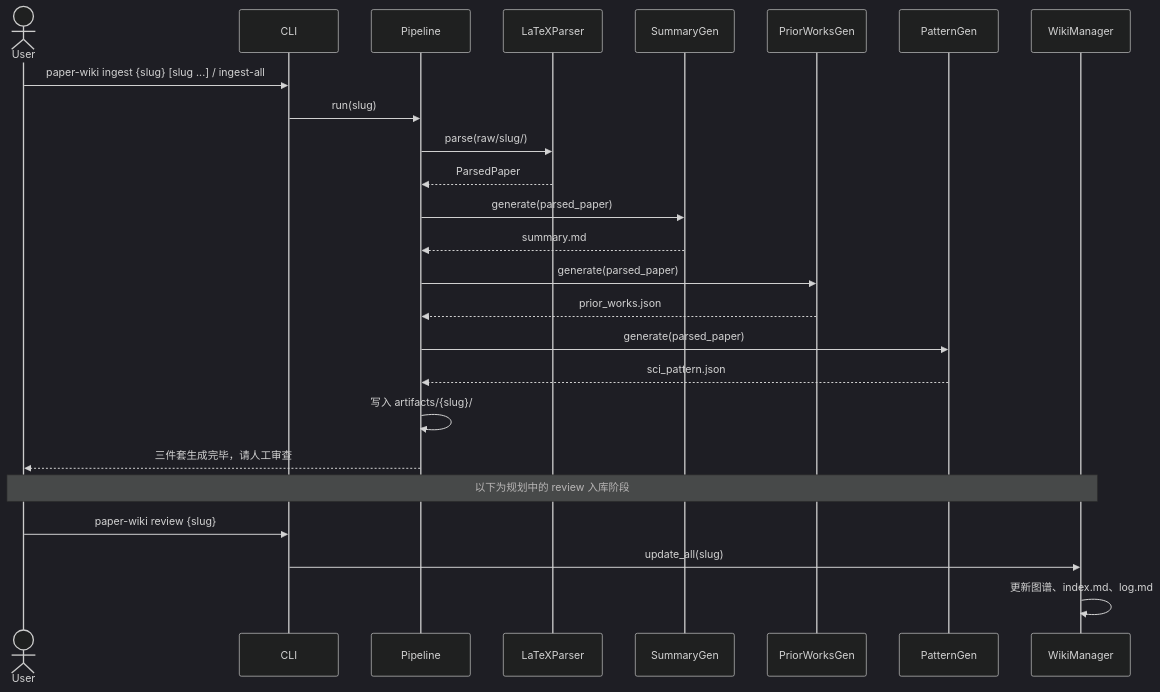
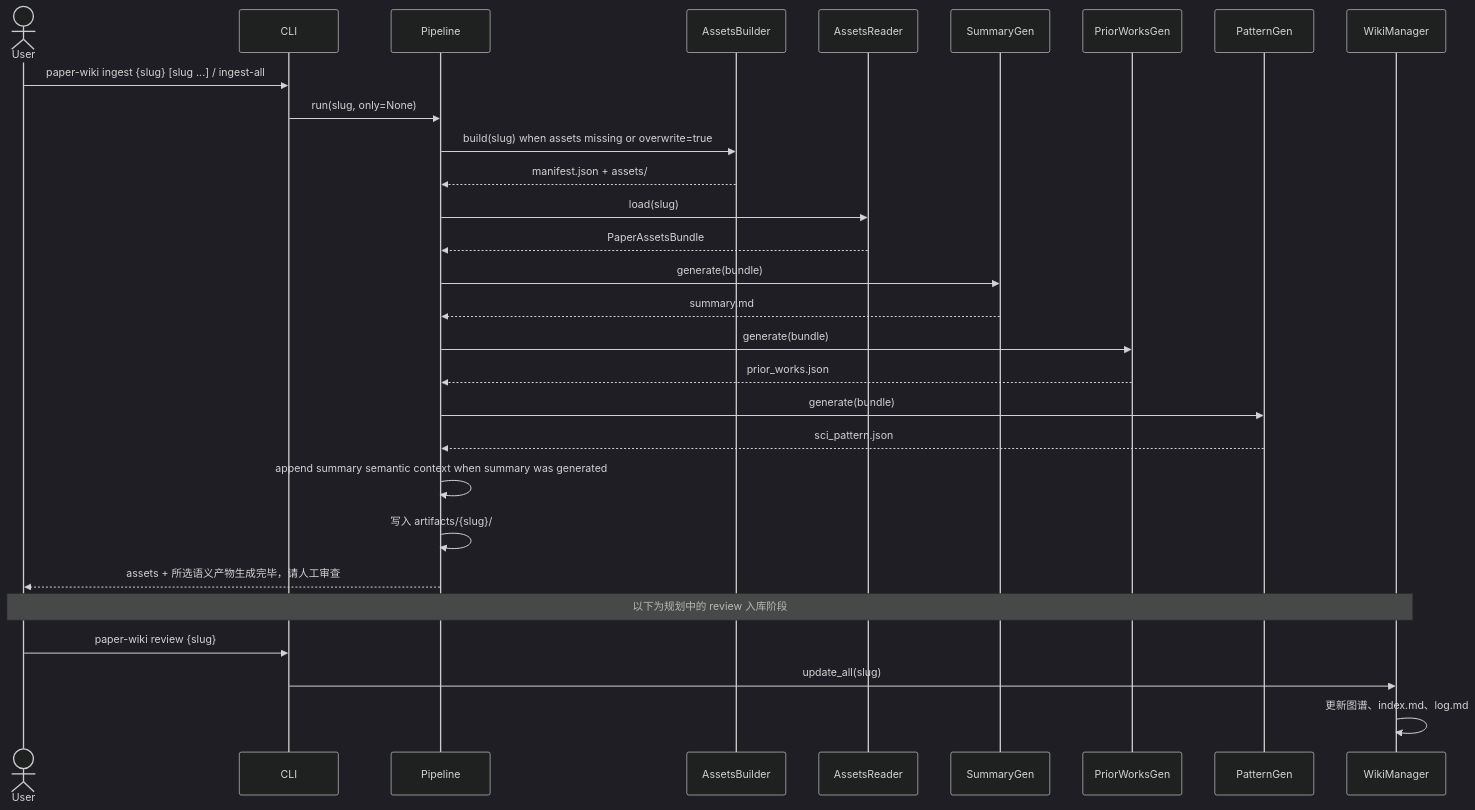
One commit to Szy5/ResearchWorkSpace changed diagram 11 of 16 in docs/Paper-Wiki 技术方案_v1.md. Above: the diagram before and after it, drawn with Mermaid (dark theme). The commit also changed other lines of this file and 182 other files, not shown here.

````diff
--- a/docs/Paper-Wiki 技术方案_v1.md
+++ b/docs/Paper-Wiki 技术方案_v1.md
@@ -503,33 +681,37 @@
 ```mermaid
 sequenceDiagram
     actor User
     participant CLI
     participant Pipeline
-    participant LaTeXParser
+    participant AssetsBuilder
+    participant AssetsReader
     participant SummaryGen
     participant PriorWorksGen
     participant PatternGen
     participant WikiManager
 
     User->>CLI: paper-wiki ingest {slug} [slug ...] / ingest-all
-    CLI->>Pipeline: run(slug)
-    Pipeline->>LaTeXParser: parse(raw/slug/)
-    LaTeXParser-->>Pipeline: ParsedPaper
+    CLI->>Pipeline: run(slug, only=None)
+    Pipeline->>AssetsBuilder: build(slug) when assets missing or overwrite=true
+    AssetsBuilder-->>Pipeline: manifest.json + assets/
+    Pipeline->>AssetsReader: load(slug)
+    AssetsReader-->>Pipeline: PaperAssetsBundle
 
-    Pipeline->>SummaryGen: generate(parsed_paper)
+    Pipeline->>SummaryGen: generate(bundle)
     SummaryGen-->>Pipeline: summary.md
 
-    Pipeline->>PriorWorksGen: generate(parsed_paper)
+    Pipeline->>PriorWorksGen: generate(bundle)
     PriorWorksGen-->>Pipeline: prior_works.json
 
-    Pipeline->>PatternGen: generate(parsed_paper)
+    Pipeline->>PatternGen: generate(bundle)
     PatternGen-->>Pipeline: sci_pattern.json
 
+    Pipeline->>Pipeline: append summary semantic context when summary was generated
     Pipeline->>Pipeline: 写入 artifacts/{slug}/
-    Pipeline-->>User: 三件套生成完毕，请人工审查
+    Pipeline-->>User: assets + 所选语义产物生成完毕，请人工审查
 
     Note over User,WikiManager: 以下为规划中的 review 入库阶段
     User->>CLI: paper-wiki review {slug}
     CLI->>WikiManager: update_all(slug)
     WikiManager->>WikiManager: 更新图谱、index.md、log.md
 ```
````
